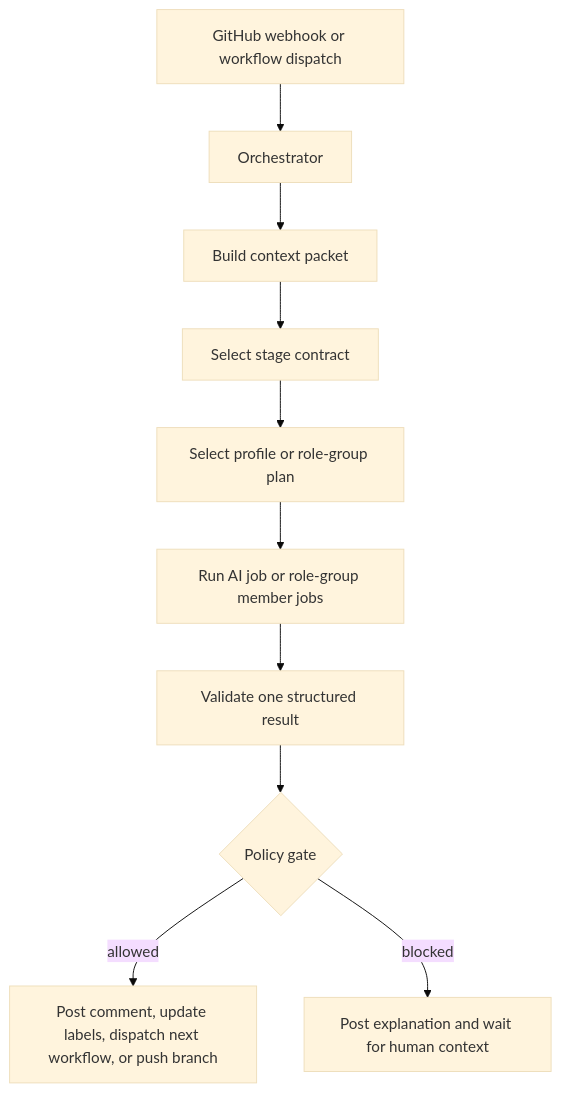
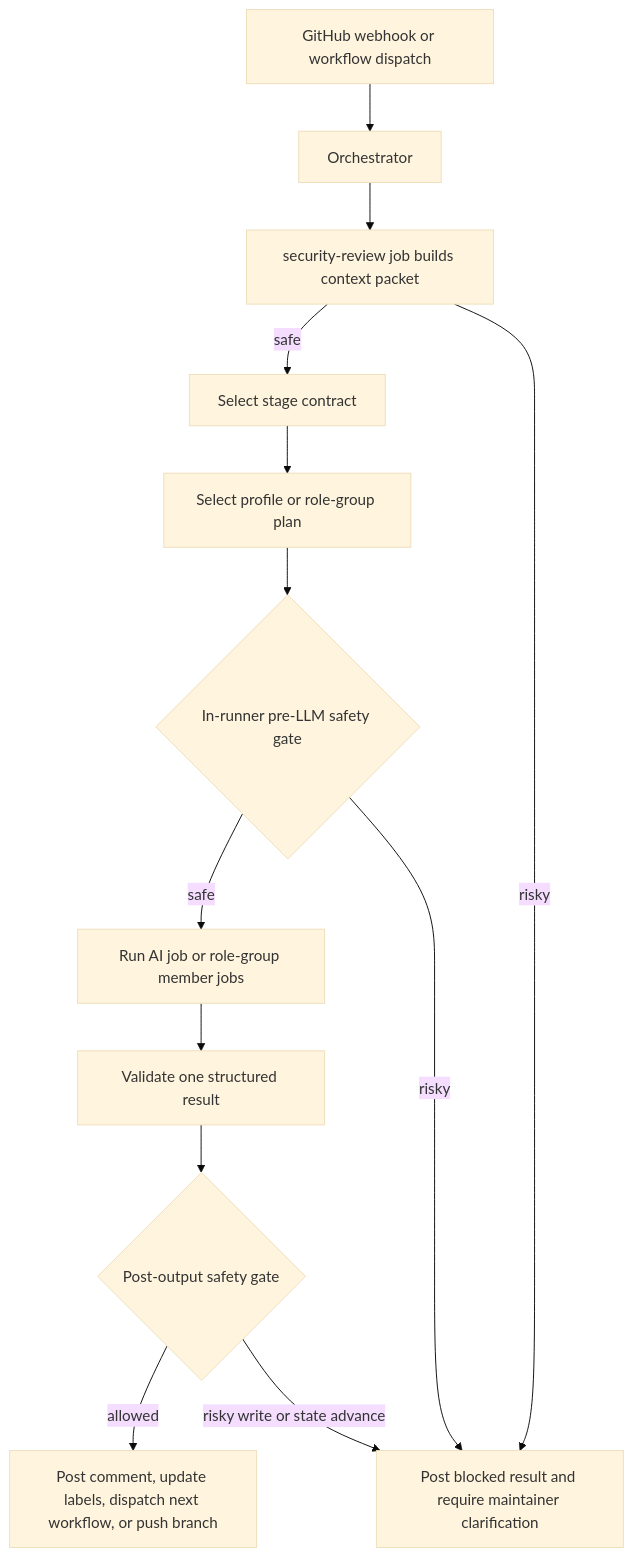
One commit to markhuangai/git-vibe changed the second of 3 diagrams in docs/AI.md. Above: the diagram before and after it, drawn with Mermaid (base theme). The commit also changed other lines of this file and 39 other files, not shown here.

First line of the commit message:
Add comprehensive tests for GitVibe workflows and security review actions

````diff
--- a/docs/AI.md
+++ b/docs/AI.md
@@ -40,12 +42,15 @@
 ```mermaid
 flowchart TD
   A[GitHub webhook or workflow dispatch] --> B[Orchestrator]
-  B --> C[Build context packet]
-  C --> D[Select stage contract]
+  B --> C[security-review job builds context packet]
+  C -->|safe| D[Select stage contract]
+  C -->|risky| J[Post blocked result and require maintainer clarification]
   D --> E[Select profile or role-group plan]
-  E --> F[Run AI job or role-group member jobs]
+  E --> P{In-runner pre-LLM safety gate}
+  P -->|safe| F[Run AI job or role-group member jobs]
+  P -->|risky| J
   F --> G[Validate one structured result]
-  G --> H{Policy gate}
+  G --> H{Post-output safety gate}
   H -->|allowed| I[Post comment, update labels, dispatch next workflow, or push branch]
-  H -->|blocked| J[Post explanation and wait for human context]
+  H -->|risky write or state advance| J
 ```
````
